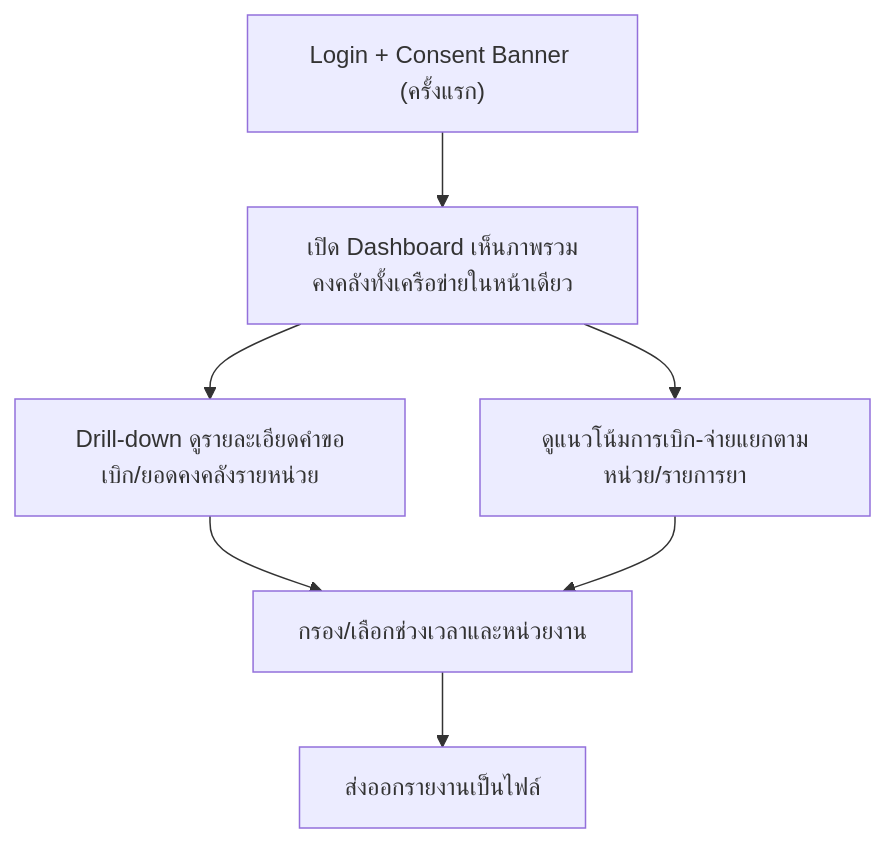
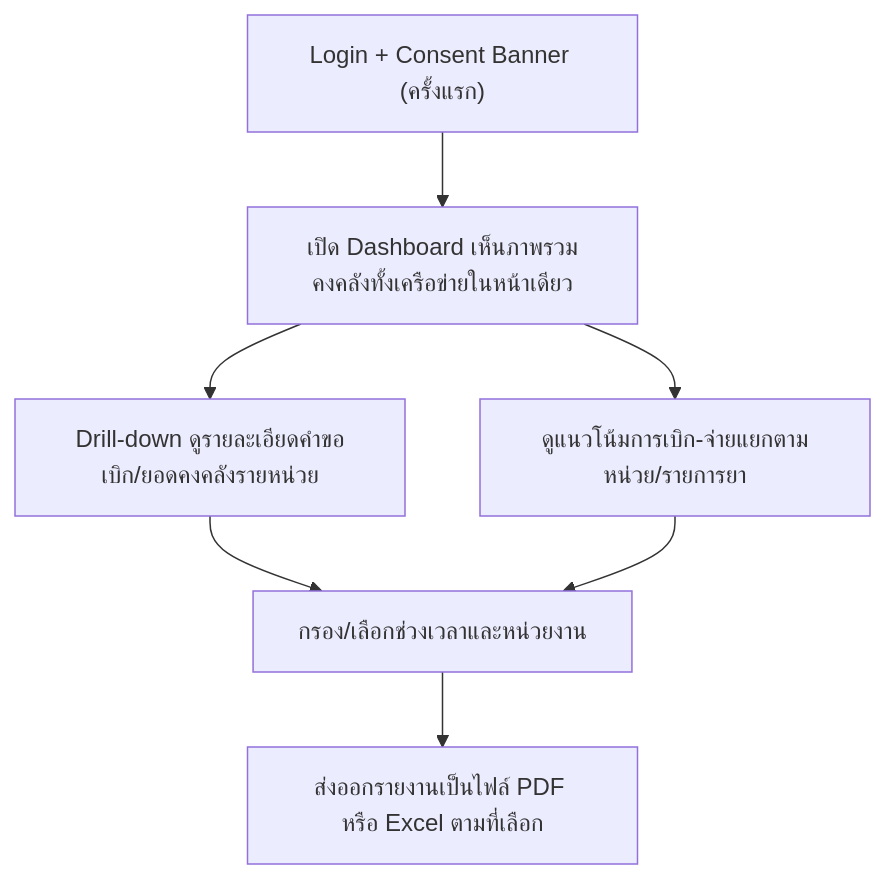
Before and after one commit to 6910127-warang/sync_smart: the diagram in 01-requirements/03-user-journey/executive-journey.md, drawn with Mermaid. The commit also changed other lines of this file and 55 other files, not shown here.

First line of the commit message:
Add architecture, data model, API spec, and detailed design docs

````diff
--- a/01-requirements/03-user-journey/executive-journey.md
+++ b/01-requirements/03-user-journey/executive-journey.md
@@ -7,9 +7,9 @@
 ```mermaid
 flowchart TD
     A["Login + Consent Banner (ครั้งแรก)"] --> B["เปิด Dashboard เห็นภาพรวมคงคลังทั้งเครือข่ายในหน้าเดียว"]
     B --> C["Drill-down ดูรายละเอียดคำขอเบิก/ยอดคงคลังรายหน่วย"]
     B --> D["ดูแนวโน้มการเบิก-จ่ายแยกตามหน่วย/รายการยา"]
     C --> E["กรอง/เลือกช่วงเวลาและหน่วยงาน"]
     D --> E
-    E --> F["ส่งออกรายงานเป็นไฟล์"]
+    E --> F["ส่งออกรายงานเป็นไฟล์ PDF หรือ Excel ตามที่เลือก"]
 ```
````
